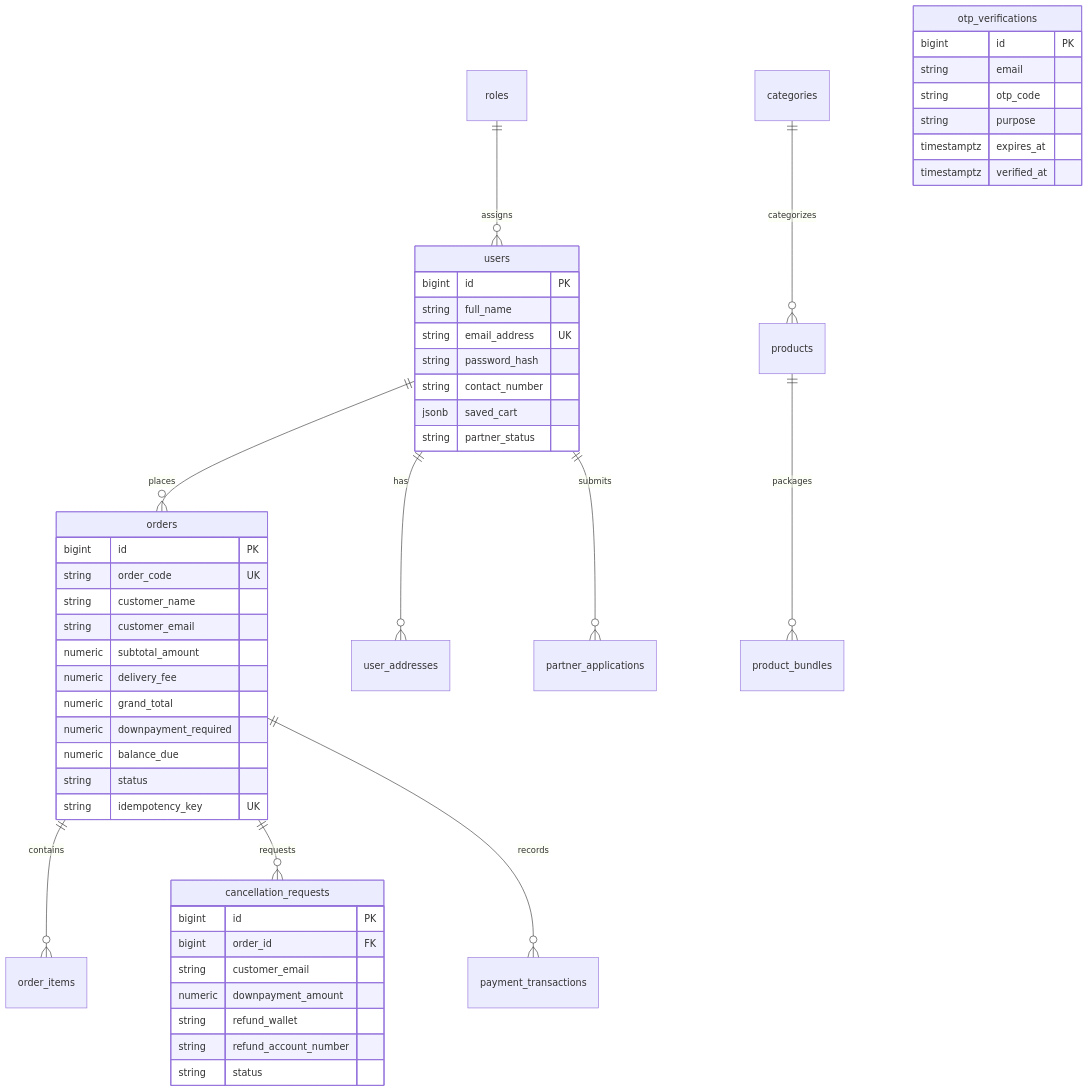
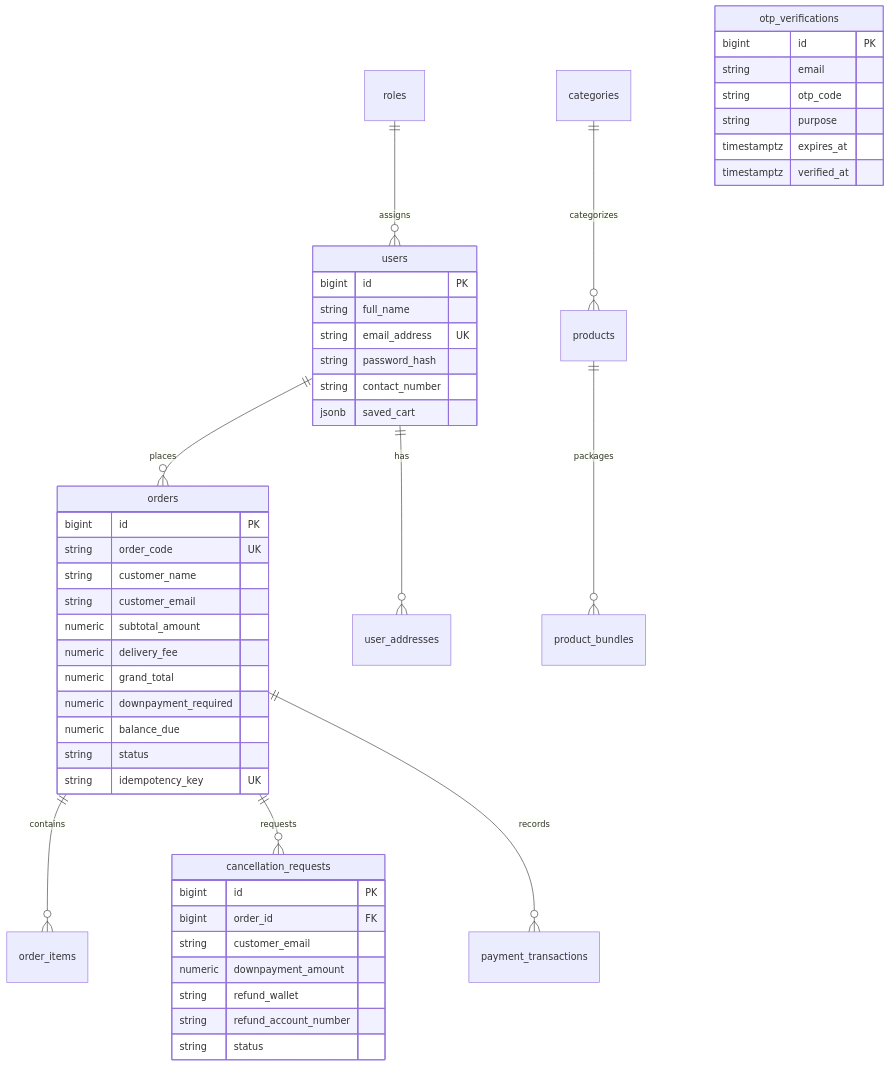
One commit to NewbieDeveloper-Gerald/WeBake-CRBSystem changed the diagram in README.md. Above: the diagram before and after it, drawn with Mermaid. The commit also changed other lines of this file and 39 other files, not shown here.

````diff
--- a/README.md
+++ b/README.md
@@ -204,55 +199,53 @@
 ```mermaid
 erDiagram
     users ||--o{ orders : places
     users ||--o{ user_addresses : has
-    users ||--o{ partner_applications : submits
     roles ||--o{ users : assigns
     categories ||--o{ products : categorizes
     products ||--o{ product_bundles : packages
     orders ||--o{ order_items : contains
     orders ||--o{ cancellation_requests : requests
     orders ||--o{ payment_transactions : records
 
     users {
         bigint id PK
         string full_name
         string email_address UK
         string password_hash
         string contact_number
         jsonb saved_cart
-        string partner_status
     }
 
     orders {
         bigint id PK
         string order_code UK
         string customer_name
         string customer_email
         numeric subtotal_amount
         numeric delivery_fee
         numeric grand_total
         numeric downpayment_required
         numeric balance_due
         string status
         string idempotency_key UK
     }
 
     cancellation_requests {
         bigint id PK
         bigint order_id FK
         string customer_email
         numeric downpayment_amount
         string refund_wallet
         string refund_account_number
         string status
     }
 
     otp_verifications {
         bigint id PK
         string email
         string otp_code
         string purpose
         timestamptz expires_at
         timestamptz verified_at
     }
 ```
````
